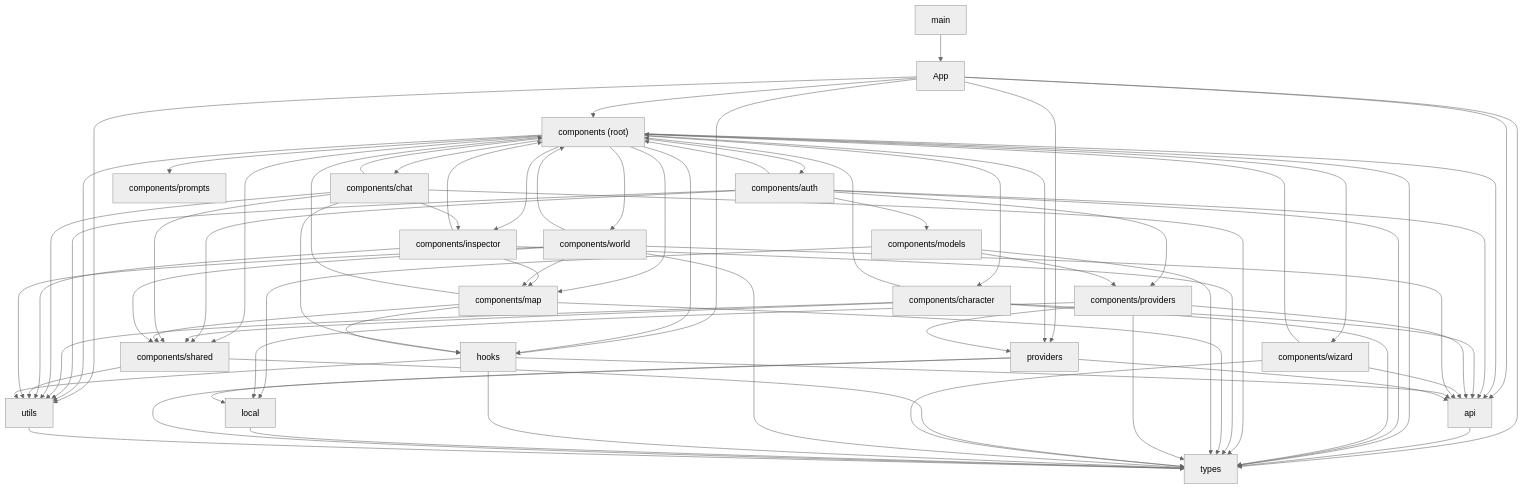
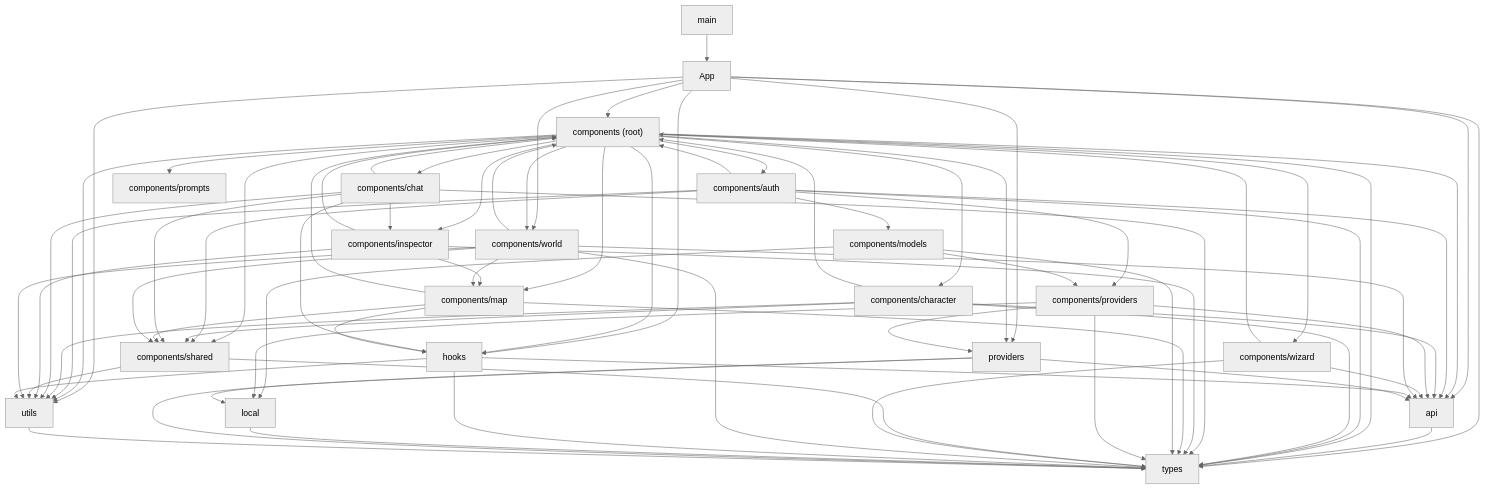
The diagram in docs/architecture/FRONTEND_GRAPH.md (diegolima/CyberCantina), drawn with Mermaid (neutral theme) before and after one commit. The commit also changed other lines of this file and 17 other files, not shown here.

```diff
--- a/docs/architecture/FRONTEND_GRAPH.md
+++ b/docs/architecture/FRONTEND_GRAPH.md
@@ -35,6 +35,7 @@
     b_19["utils"]
     b_0 --> b_1
     b_0 --> b_2
+    b_0 --> b_13
     b_0 --> b_14
     b_0 --> b_17
     b_0 --> b_18
```
